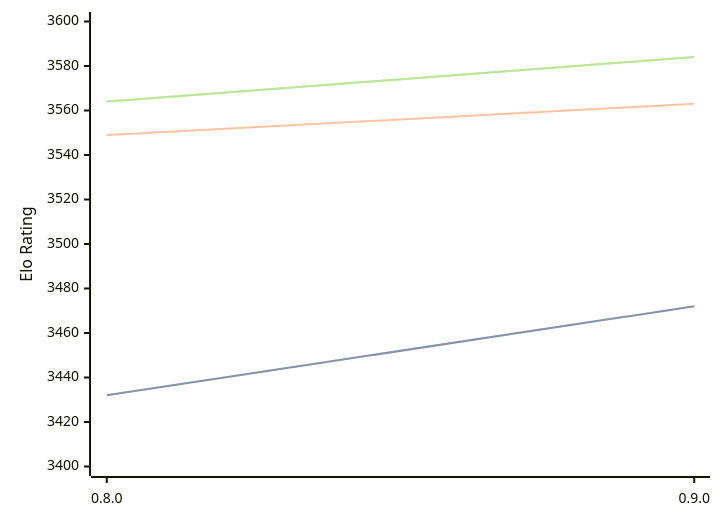
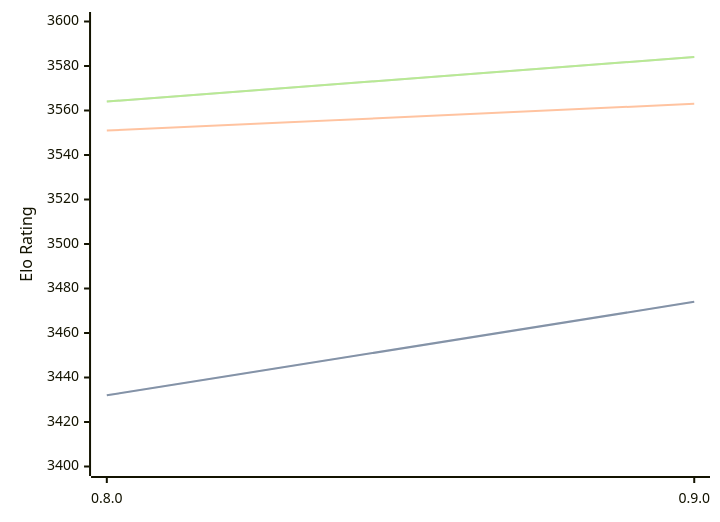
One commit to computer-chess-index/cci changed the diagram in engines/Reckless.md. Above: the diagram before and after it, drawn with Mermaid. The commit also changed other lines of this file, not shown here.

````diff
--- a/engines/Reckless.md
+++ b/engines/Reckless.md
@@ -32,11 +32,11 @@
 ```mermaid
 %%{init: {"theme":"base","themeVariables":{"seriesColors:['#a3a3a3','#222221','#faa371']}}}%%
 xychart-beta
   x-axis ["0.8.0", "0.9.0"]
   y-axis "Elo Rating" 3400 --> 3600
-  line "STC (8.0+0.08s)" [3432, 3472]
-  line "STC (8.0+0.08s)" [3432, 3472]
-  line "LTC (60.0+0.60s)" [3549, 3563]
+  line "STC (8.0+0.08s)" [3432, 3474]
+  line "STC (8.0+0.08s)" [3432, 3474]
+  line "LTC (60.0+0.60s)" [3551, 3563]
   line "VLTC (2m24s+1.12s)" [3564, 3584]
   line "VLTC (2m24s+1.12s)" [3564, 3584]
 ```
````
